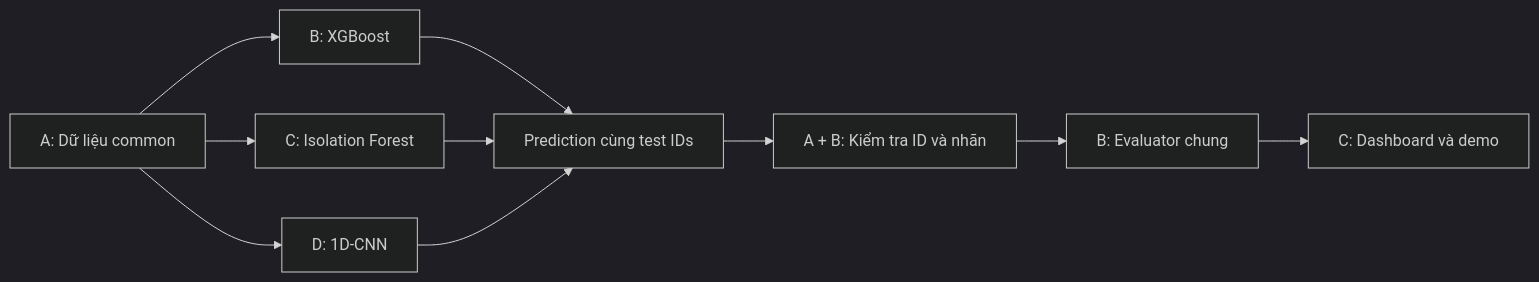
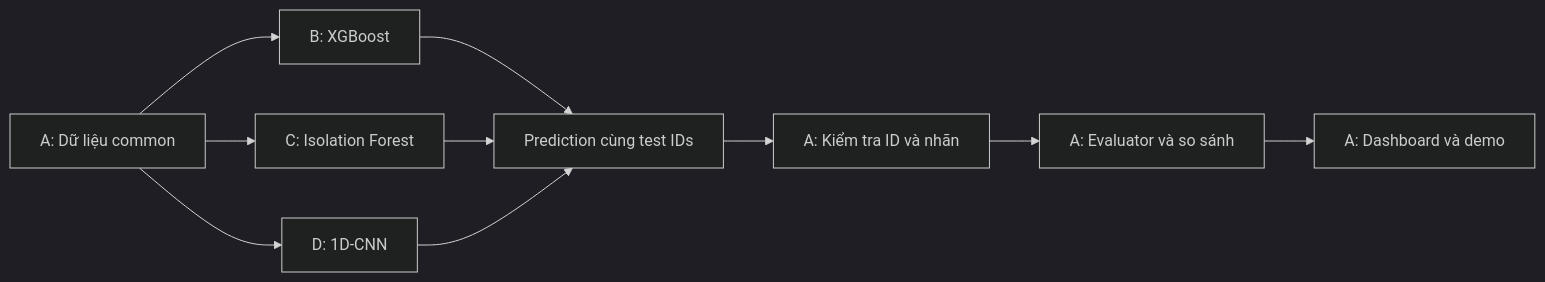
Before and after one commit to doandangkhoa/DoH-tunneling-detection: the diagram in README.md, drawn with Mermaid (dark theme). The commit also changed other lines of this file and 3 other files, not shown here.

````diff
--- a/README.md
+++ b/README.md
@@ -92,12 +92,12 @@
 ```mermaid
 flowchart LR
     A["A: Dữ liệu common"] --> B["B: XGBoost"]
     A --> C["C: Isolation Forest"]
     A --> D["D: 1D-CNN"]
     B --> P["Prediction cùng test IDs"]
     C --> P
     D --> P
-    P --> Q["A + B: Kiểm tra ID và nhãn"]
-    Q --> E["B: Evaluator chung"]
-    E --> U["C: Dashboard và demo"]
+    P --> Q["A: Kiểm tra ID và nhãn"]
+    Q --> E["A: Evaluator và so sánh"]
+    E --> U["A: Dashboard và demo"]
 ```
````
